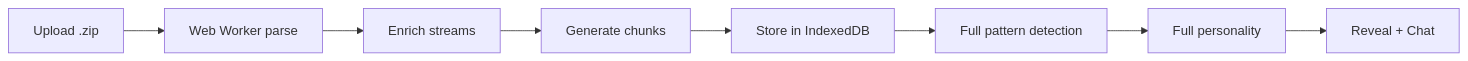
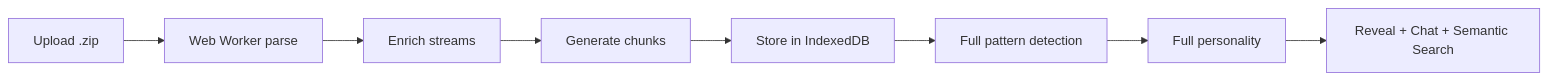
The second of 5 diagrams in docs/03-technical-architecture.md (rhinos0608/rhythm-chamber), drawn with Mermaid before and after one commit. The commit also changed other lines of this file and 14 other files, not shown here.

First line of the commit message:
Refactors app for chat-first, BYOK architecture

````diff
--- a/docs/03-technical-architecture.md
+++ b/docs/03-technical-architecture.md
@@ -113,10 +129,10 @@
 ```mermaid
 flowchart LR
     A[Upload .zip] --> B[Web Worker parse]
     B --> C[Enrich streams]
     C --> D[Generate chunks]
     D --> E[Store in IndexedDB]
     E --> F[Full pattern detection]
     F --> G[Full personality]
-    G --> H[Reveal + Chat]
+    G --> H[Reveal + Chat + Semantic Search]
 ```
````
